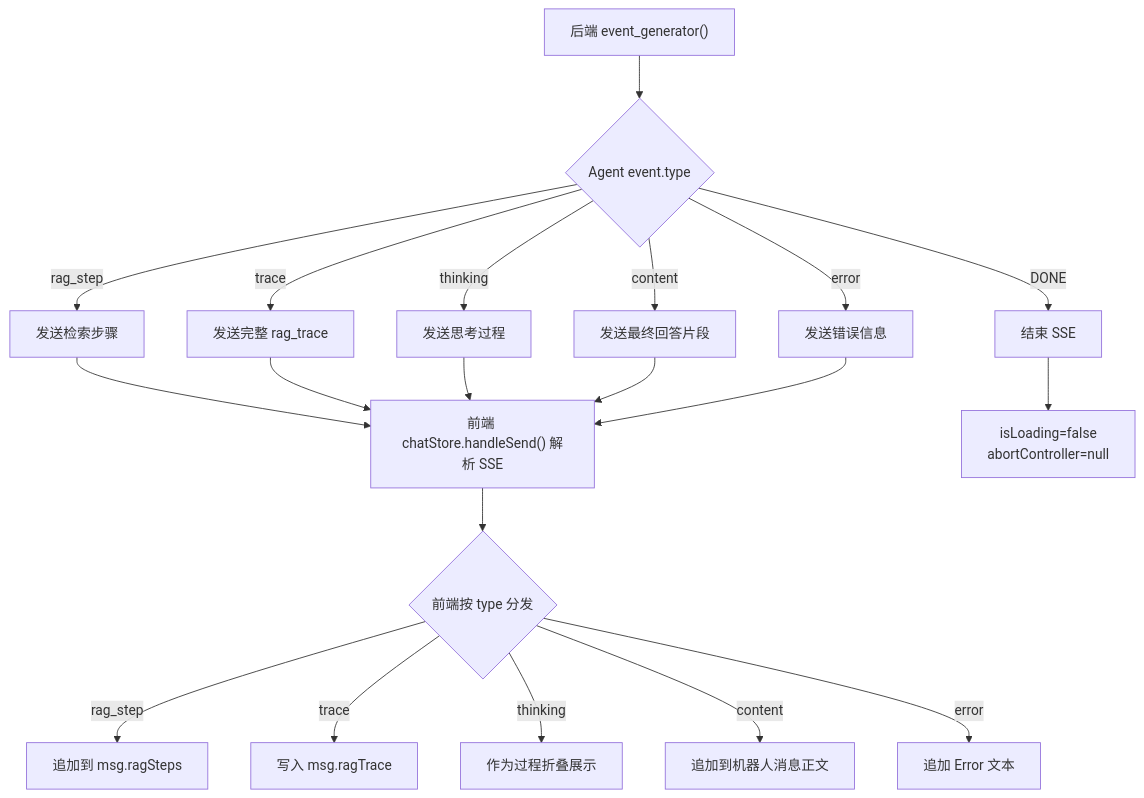
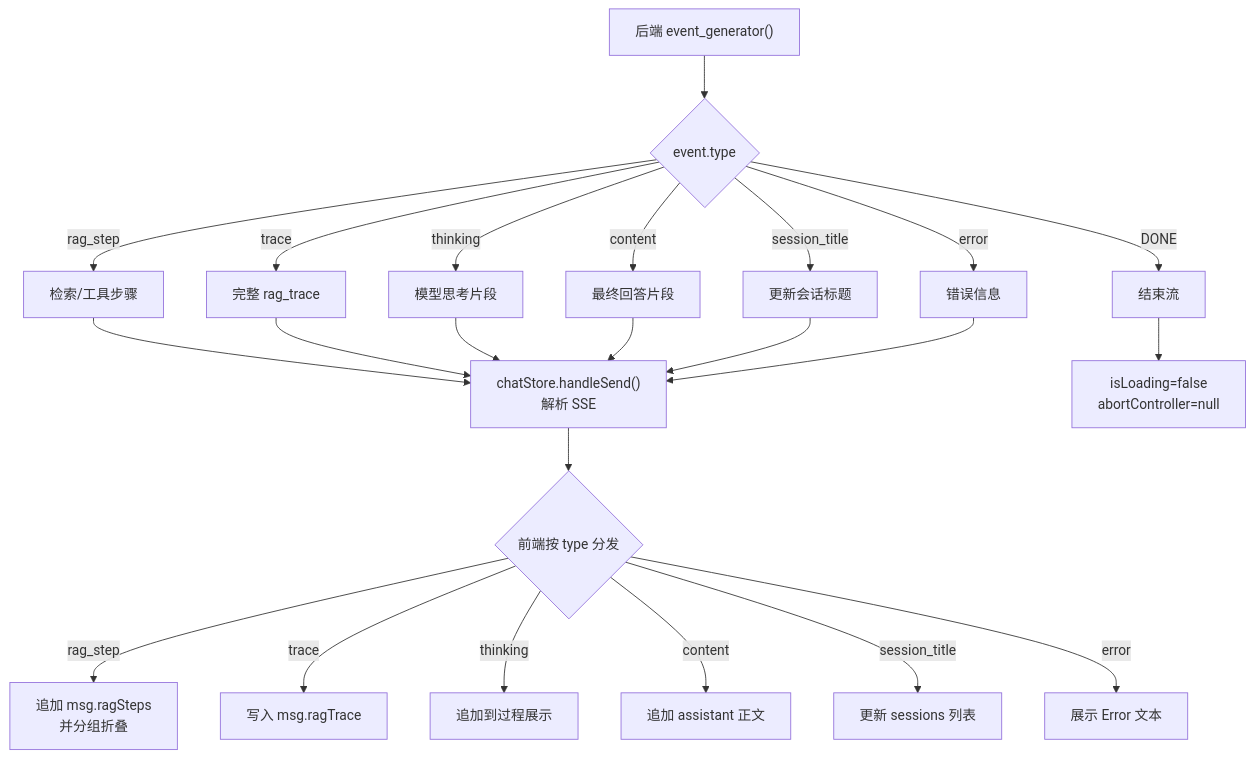
Before and after one commit to QDcvd/CookGraph: the sixth of 6 diagrams in doc/USER_MESSAGE_CALL_CHAIN.md, drawn with Mermaid. The commit also changed other lines of this file and 20 other files, not shown here.

````diff
--- a/doc/USER_MESSAGE_CALL_CHAIN.md
+++ b/doc/USER_MESSAGE_CALL_CHAIN.md
@@ -162,23 +255,26 @@
 ```mermaid
 flowchart TD
-    A["后端 event_generator()"] --> B{"Agent event.type"}
-    B -->|rag_step| C["发送检索步骤"]
-    B -->|trace| D["发送完整 rag_trace"]
-    B -->|thinking| E["发送思考过程"]
-    B -->|content| F["发送最终回答片段"]
-    B -->|error| G["发送错误信息"]
-    B -->|DONE| H["结束 SSE"]
+    A["后端 event_generator()"] --> B{"event.type"}
+    B -->|rag_step| C["检索/工具步骤"]
+    B -->|trace| D["完整 rag_trace"]
+    B -->|thinking| E["模型思考片段"]
+    B -->|content| F["最终回答片段"]
+    B -->|session_title| G["更新会话标题"]
+    B -->|error| H["错误信息"]
+    B -->|DONE| I["结束流"]
 
-    C --> I["前端 chatStore.handleSend() 解析 SSE"]
-    D --> I
-    E --> I
-    F --> I
-    G --> I
-    I --> J{"前端按 type 分发"}
-    J -->|rag_step| K["追加到 msg.ragSteps"]
-    J -->|trace| L["写入 msg.ragTrace"]
-    J -->|thinking| M["作为过程折叠展示"]
-    J -->|content| N["追加到机器人消息正文"]
-    J -->|error| O["追加 Error 文本"]
-    H --> P["isLoading=false<br/>abortController=null"]
+    C --> J["chatStore.handleSend()<br/>解析 SSE"]
+    D --> J
+    E --> J
+    F --> J
+    G --> J
+    H --> J
+    J --> K{"前端按 type 分发"}
+    K -->|rag_step| L["追加 msg.ragSteps<br/>并分组折叠"]
+    K -->|trace| M["写入 msg.ragTrace"]
+    K -->|thinking| N["追加到过程展示"]
+    K -->|content| O["追加 assistant 正文"]
+    K -->|session_title| P["更新 sessions 列表"]
+    K -->|error| Q["展示 Error 文本"]
+    I --> R["isLoading=false<br/>abortController=null"]
 ```
````
